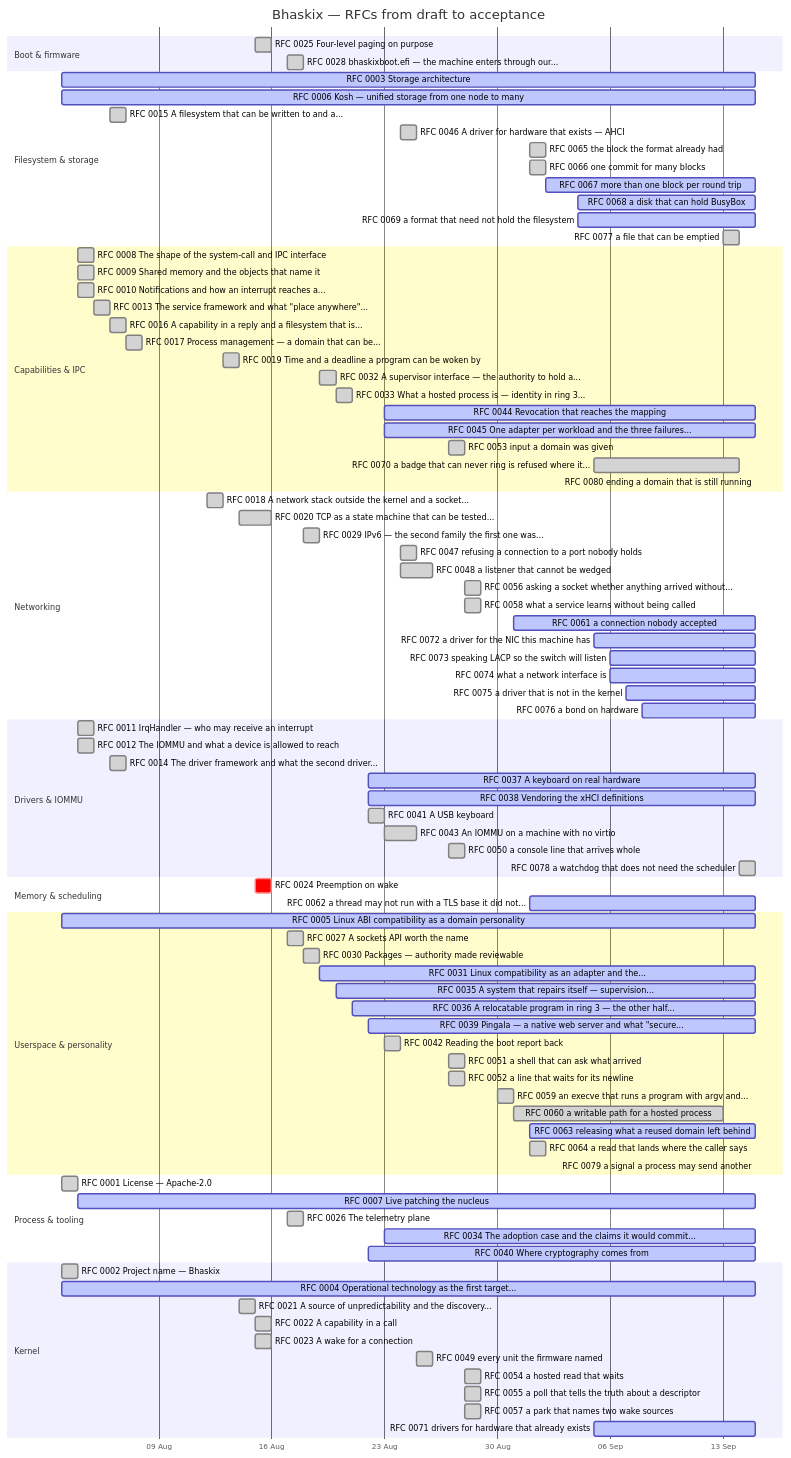
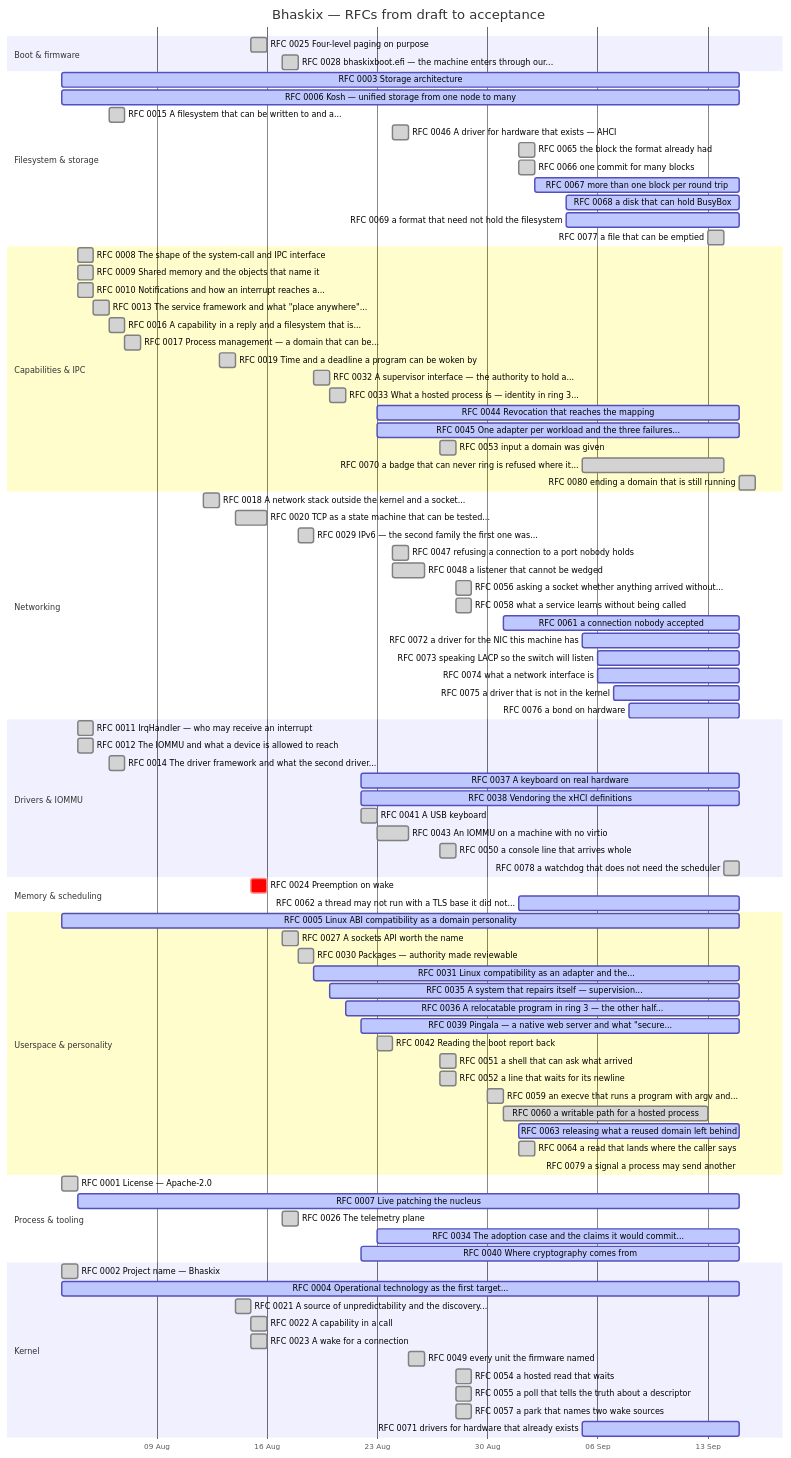
One commit to bhaskix/bhaskix changed the diagram in docs/progress.md. Above: the diagram before and after it, drawn with Mermaid. The commit also changed other lines of this file and 4 other files, not shown here.

```diff
--- a/docs/progress.md
+++ b/docs/progress.md
@@ -55,7 +55,7 @@
     RFC 0045 One adapter per workload and the three failures... :active, r0045, 2026-08-23, 2026-09-15
     RFC 0053 input a domain was given :done, r0053, 2026-08-27, 1d
     RFC 0070 a badge that can never ring is refused where it... :done, r0070, 2026-09-05, 2026-09-14
-    RFC 0080 ending a domain that is still running :active, r0080, 2026-09-15, 2026-09-15
+    RFC 0080 ending a domain that is still running :done, r0080, 2026-09-15, 1d
     section Networking
     RFC 0018 A network stack outside the kernel and a socket... :done, r0018, 2026-08-12, 2026-08-13
     RFC 0020 TCP as a state machine that can be tested... :done, r0020, 2026-08-14, 2026-08-16
```
